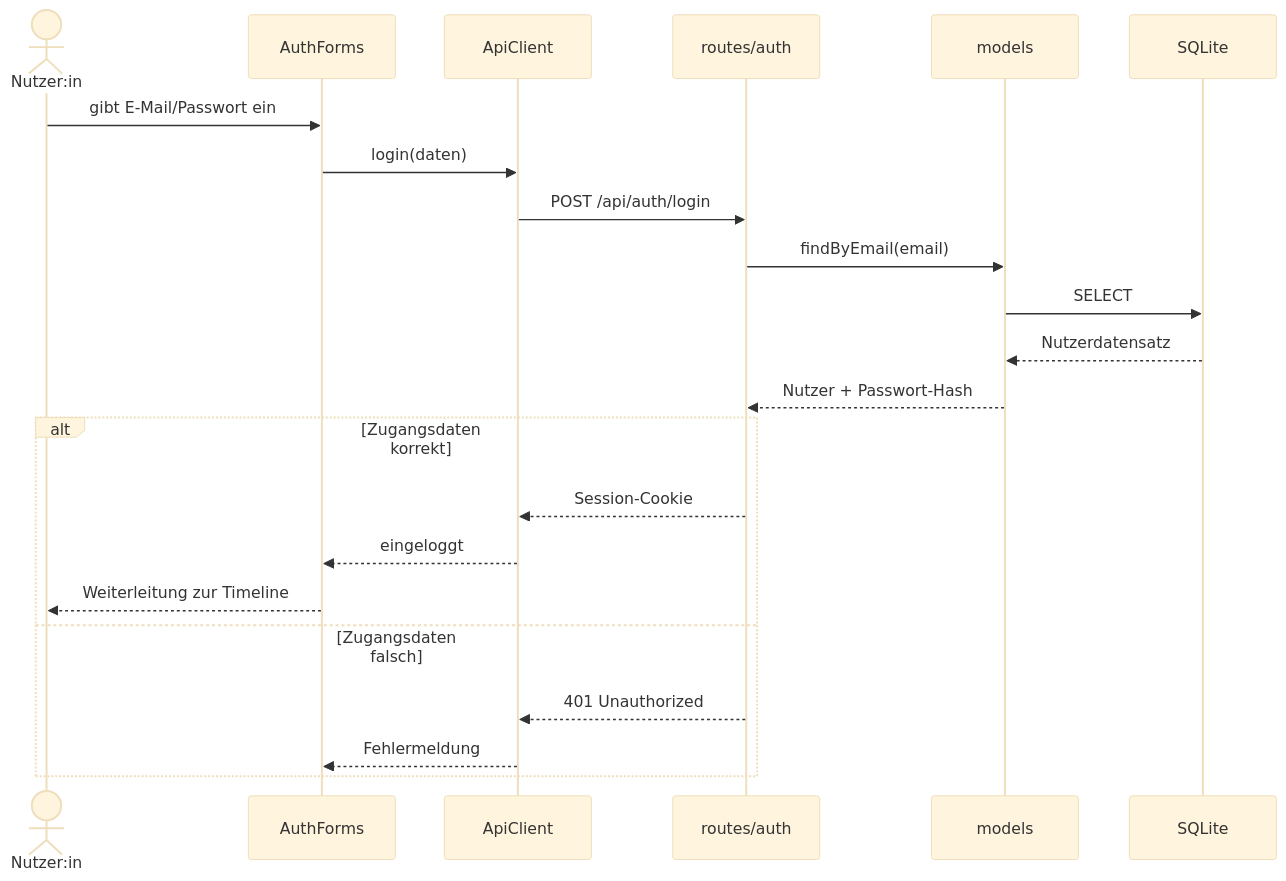
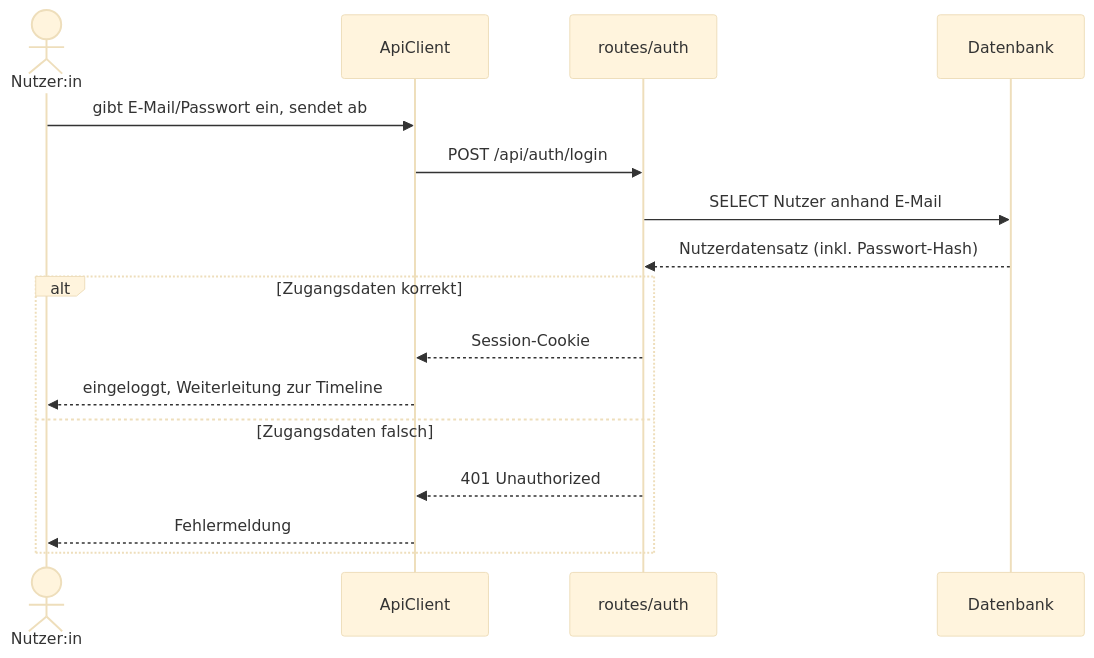
The second of 3 diagrams in docs/arch/A06-Laufzeitansicht.md (ksukh-ux/lifeline-project), drawn with Mermaid (base theme) before and after one commit. The commit also changed other lines of this file, not shown here.

Commit message:
docs(arch): align sequence diagrams with actual code and building blocks

````diff
--- a/docs/arch/A06-Laufzeitansicht.md
+++ b/docs/arch/A06-Laufzeitansicht.md
@@ -52,25 +53,19 @@
 ```mermaid
 sequenceDiagram
     actor N as Nutzer:in
-    participant AF as AuthForms
     participant AC as ApiClient
     participant R as routes/auth
-    participant M as models
-    participant DB as SQLite
+    participant DB as Datenbank
 
-    N->>AF: gibt E-Mail/Passwort ein
-    AF->>AC: login(daten)
+    N->>AC: gibt E-Mail/Passwort ein, sendet ab
     AC->>R: POST /api/auth/login
-    R->>M: findByEmail(email)
-    M->>DB: SELECT
-    DB-->>M: Nutzerdatensatz
-    M-->>R: Nutzer + Passwort-Hash
+    R->>DB: SELECT Nutzer anhand E-Mail
+    DB-->>R: Nutzerdatensatz (inkl. Passwort-Hash)
     alt Zugangsdaten korrekt
         R-->>AC: Session-Cookie
-        AC-->>AF: eingeloggt
-        AF-->>N: Weiterleitung zur Timeline
+        AC-->>N: eingeloggt, Weiterleitung zur Timeline
     else Zugangsdaten falsch
         R-->>AC: 401 Unauthorized
-        AC-->>AF: Fehlermeldung
+        AC-->>N: Fehlermeldung
     end
 ```
````
